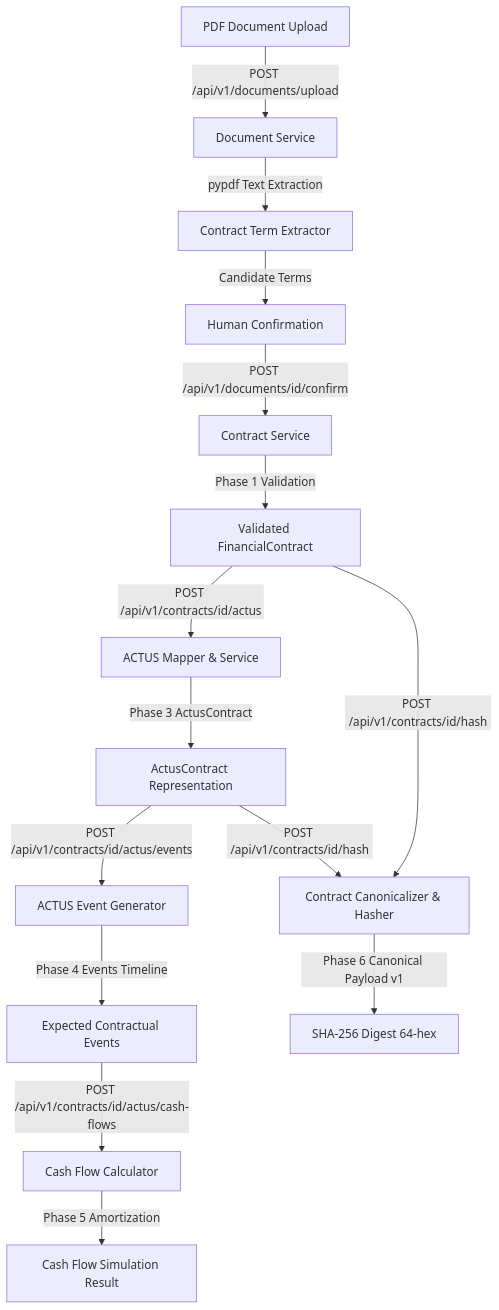
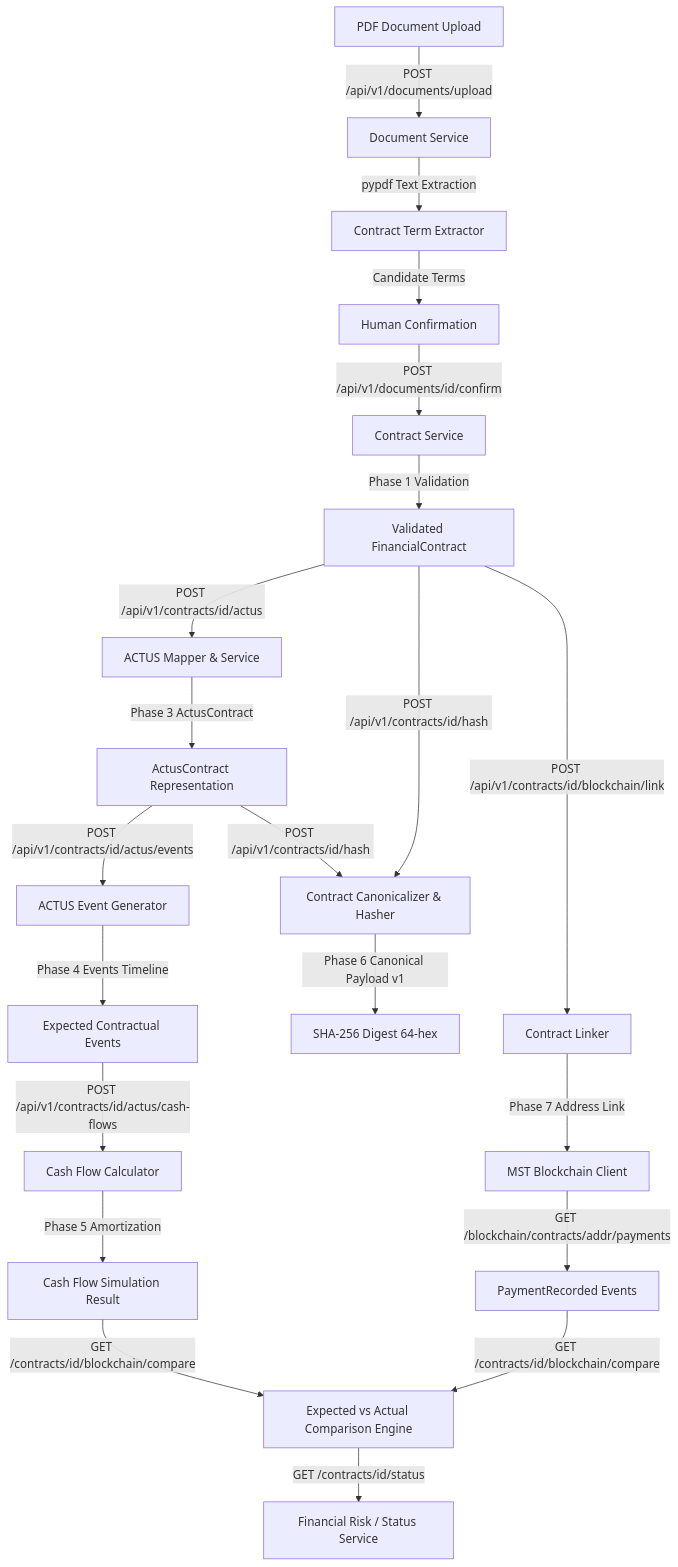
The second of 2 diagrams in docs/architecture.md (Madhan06-S/Actus_Blockchain), drawn with Mermaid before and after one commit. The commit also changed other lines of this file and 20 other files, not shown here.

````diff
--- a/docs/architecture.md
+++ b/docs/architecture.md
@@ -27,16 +27,21 @@
 ```mermaid
 flowchart TD
     A[PDF Document Upload] -->|POST /api/v1/documents/upload| B[Document Service]
     B -->|pypdf Text Extraction| C[Contract Term Extractor]
     C -->|Candidate Terms| D[Human Confirmation]
     D -->|POST /api/v1/documents/id/confirm| E[Contract Service]
     E -->|Phase 1 Validation| F[Validated FinancialContract]
     F -->|POST /api/v1/contracts/id/actus| G[ACTUS Mapper & Service]
     G -->|Phase 3 ActusContract| H[ActusContract Representation]
     H -->|POST /api/v1/contracts/id/actus/events| I[ACTUS Event Generator]
     I -->|Phase 4 Events Timeline| J[Expected Contractual Events]
     J -->|POST /api/v1/contracts/id/actus/cash-flows| K[Cash Flow Calculator]
     K -->|Phase 5 Amortization| L[Cash Flow Simulation Result]
     F & H -->|POST /api/v1/contracts/id/hash| M[Contract Canonicalizer & Hasher]
     M -->|Phase 6 Canonical Payload v1| N[SHA-256 Digest 64-hex]
+    F -->|POST /api/v1/contracts/id/blockchain/link| O[Contract Linker]
+    O -->|Phase 7 Address Link| P[MST Blockchain Client]
+    P -->|GET /blockchain/contracts/addr/payments| Q[PaymentRecorded Events]
+    L & Q -->|GET /contracts/id/blockchain/compare| R[Expected vs Actual Comparison Engine]
+    R -->|GET /contracts/id/status| S[Financial Risk / Status Service]
 ```
````
